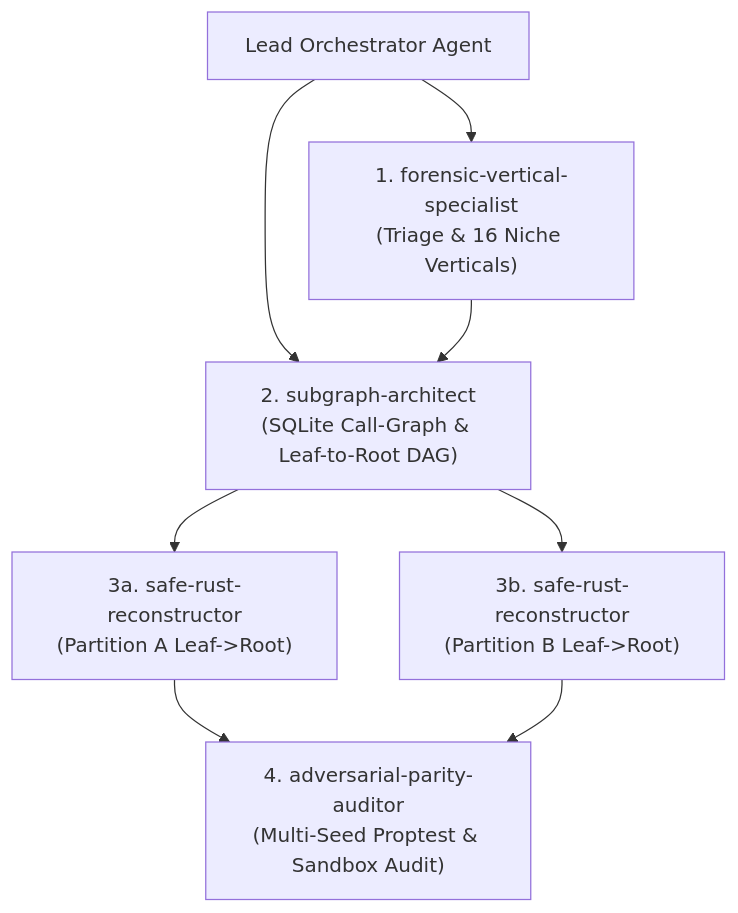
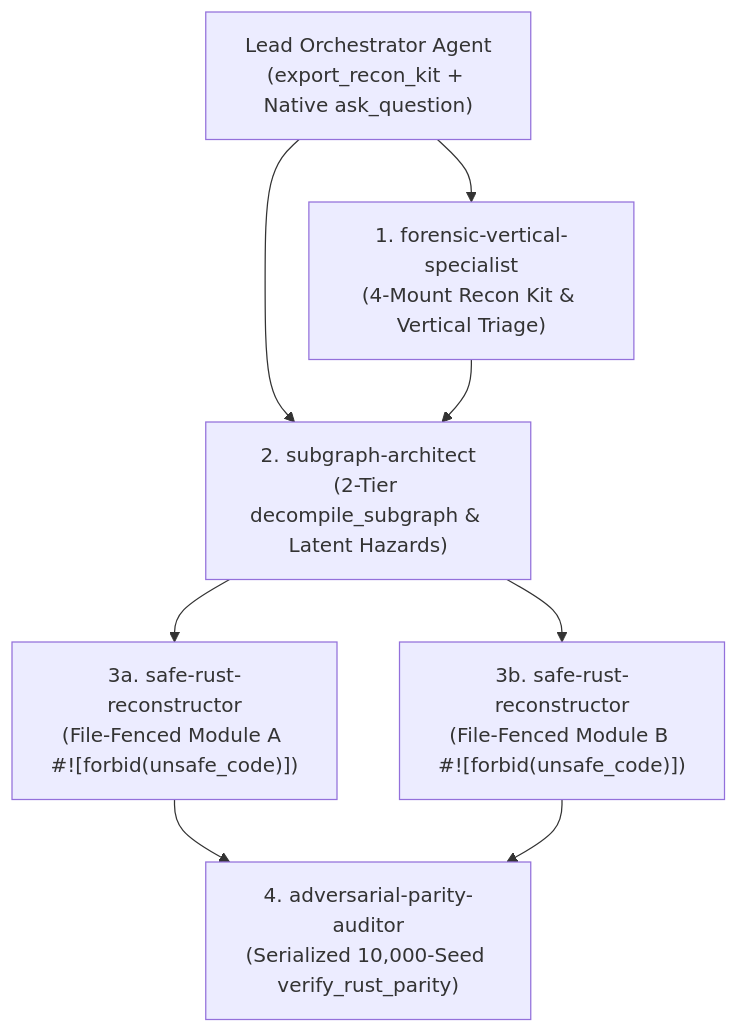
Before and after one commit to PNWcoastie/REA-Argonaut: the diagram in plugins/rea-argonaut/skills/rea-argonaut/references/swarm-orchestration.md, drawn with Mermaid. The commit also changed other lines of this file and 21 other files, not shown here.

Commit message:
feat(compliance): complete 6-Pillar Antigravity 2.0 native-compliance audit and test suite (#10)

````diff
--- a/plugins/rea-argonaut/skills/rea-argonaut/references/swarm-orchestration.md
+++ b/plugins/rea-argonaut/skills/rea-argonaut/references/swarm-orchestration.md
@@ -20,17 +20,17 @@
 ```mermaid
 flowchart TD
-    Lead["Lead Orchestrator Agent"]
-    FVS["1. forensic-vertical-specialist<br/>(Triage & 16 Niche Verticals)"]
-    SA["2. subgraph-architect<br/>(SQLite Call-Graph & Leaf-to-Root DAG)"]
-    SRR1["3a. safe-rust-reconstructor<br/>(Partition A Leaf->Root)"]
-    SRR2["3b. safe-rust-reconstructor<br/>(Partition B Leaf->Root)"]
-    APA["4. adversarial-parity-auditor<br/>(Multi-Seed Proptest & Sandbox Audit)"]
+    Lead["Lead Orchestrator Agent<br/>(export_recon_kit + Native ask_question)"]
+    FVS["1. forensic-vertical-specialist<br/>(4-Mount Recon Kit & Vertical Triage)"]
+    SA["2. subgraph-architect<br/>(2-Tier decompile_subgraph & Latent Hazards)"]
+    SRR1["3a. safe-rust-reconstructor<br/>(File-Fenced Module A #![forbid(unsafe_code)])"]
+    SRR2["3b. safe-rust-reconstructor<br/>(File-Fenced Module B #![forbid(unsafe_code)])"]
+    APA["4. adversarial-parity-auditor<br/>(Serialized 10,000-Seed verify_rust_parity)"]
 
     Lead --> FVS
     Lead --> SA
     FVS --> SA
     SA --> SRR1
     SA --> SRR2
     SRR1 --> APA
     SRR2 --> APA
 ```
````
